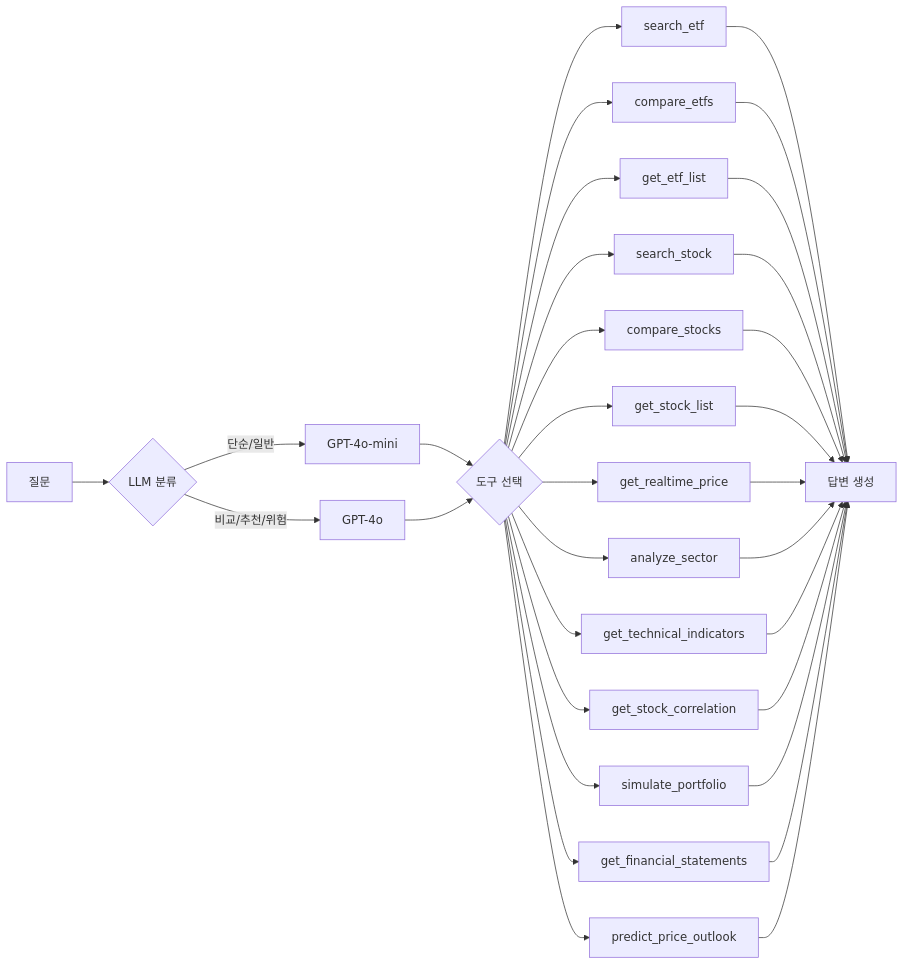
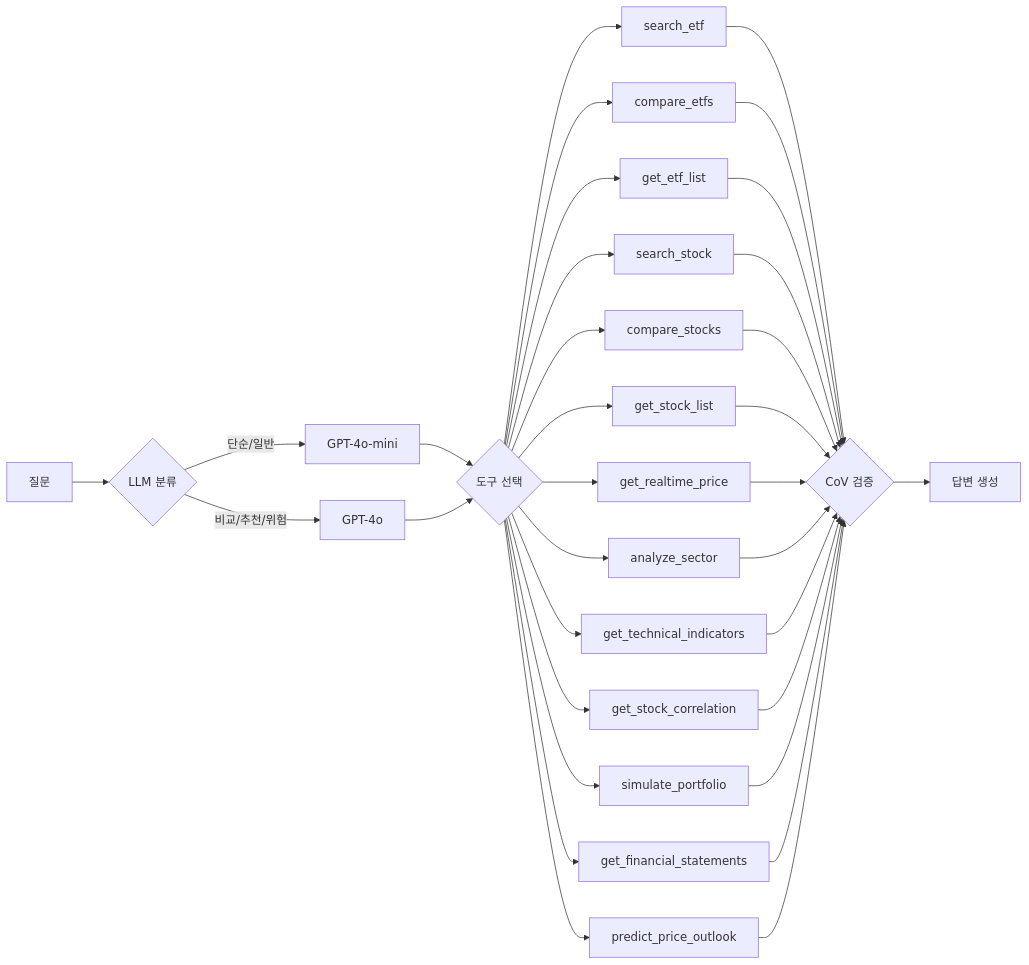
One commit to m2222n/AI_agent changed the diagram in README.md. Above: the diagram before and after it, drawn with Mermaid. The commit also changed other lines of this file and 2 other files, not shown here.

````diff
--- a/README.md
+++ b/README.md
@@ -39,22 +47,23 @@
 ```mermaid
 graph LR
     Q[질문] --> C{LLM 분류}
     C -->|단순/일반| Mini[GPT-4o-mini]
     C -->|비교/추천/위험| Pro[GPT-4o]
     Mini --> T{도구 선택}
     Pro --> T
     T --> S1[search_etf]
     T --> S2[compare_etfs]
     T --> S3[get_etf_list]
     T --> S4[search_stock]
     T --> S5[compare_stocks]
     T --> S6[get_stock_list]
     T --> S7[get_realtime_price]
     T --> S8[analyze_sector]
     T --> S9[get_technical_indicators]
     T --> S10[get_stock_correlation]
     T --> S11[simulate_portfolio]
     T --> S12[get_financial_statements]
     T --> S13[predict_price_outlook]
-    S1 & S2 & S3 & S4 & S5 & S6 & S7 & S8 & S9 & S10 & S11 & S12 & S13 --> R[답변 생성]
+    S1 & S2 & S3 & S4 & S5 & S6 & S7 & S8 & S9 & S10 & S11 & S12 & S13 --> V{CoV 검증}
+    V --> R[답변 생성]
 ```
````
